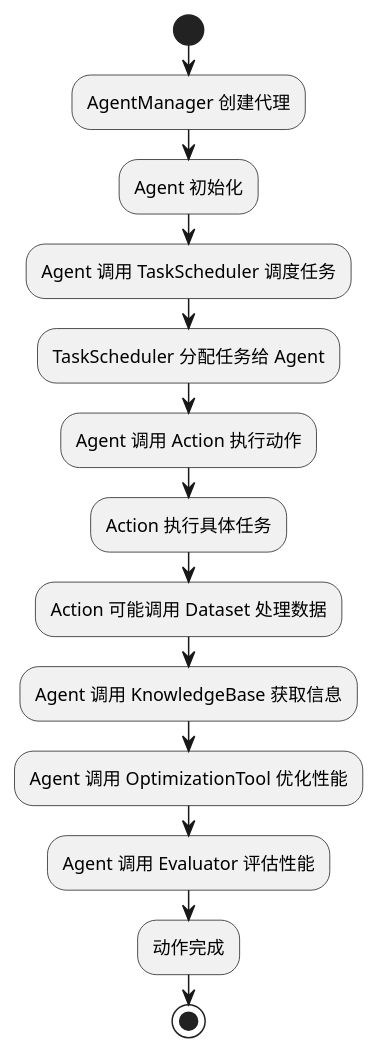
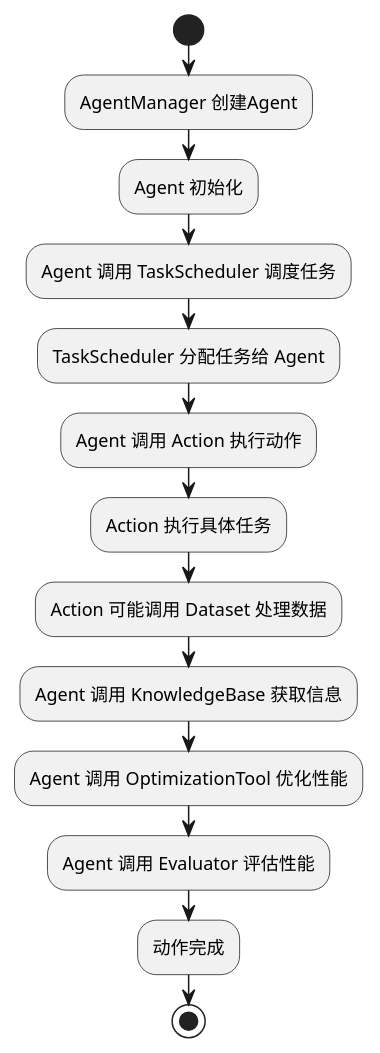
Before and after one commit to DemonDamon/AgenticX: the second of 2 diagrams in researches/agents.md, drawn with PlantUML. The commit also changed other lines of this file and 16 other files, not shown here.

````diff
--- a/researches/agents.md
+++ b/researches/agents.md
@@ -152,17 +152,17 @@
 ```plantuml
 @startuml
 start
-:AgentManager 创建代理;
+:AgentManager 创建Agent;
 :Agent 初始化;
 :Agent 调用 TaskScheduler 调度任务;
 :TaskScheduler 分配任务给 Agent;
 :Agent 调用 Action 执行动作;
 :Action 执行具体任务;
 :Action 可能调用 Dataset 处理数据;
 :Agent 调用 KnowledgeBase 获取信息;
 :Agent 调用 OptimizationTool 优化性能;
 :Agent 调用 Evaluator 评估性能;
 :动作完成;
 stop
 @enduml
 ```
````
